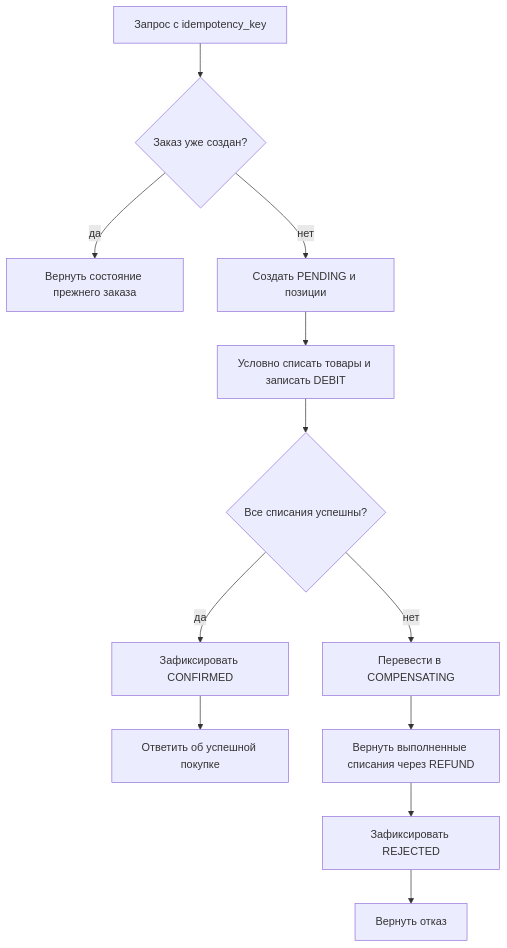
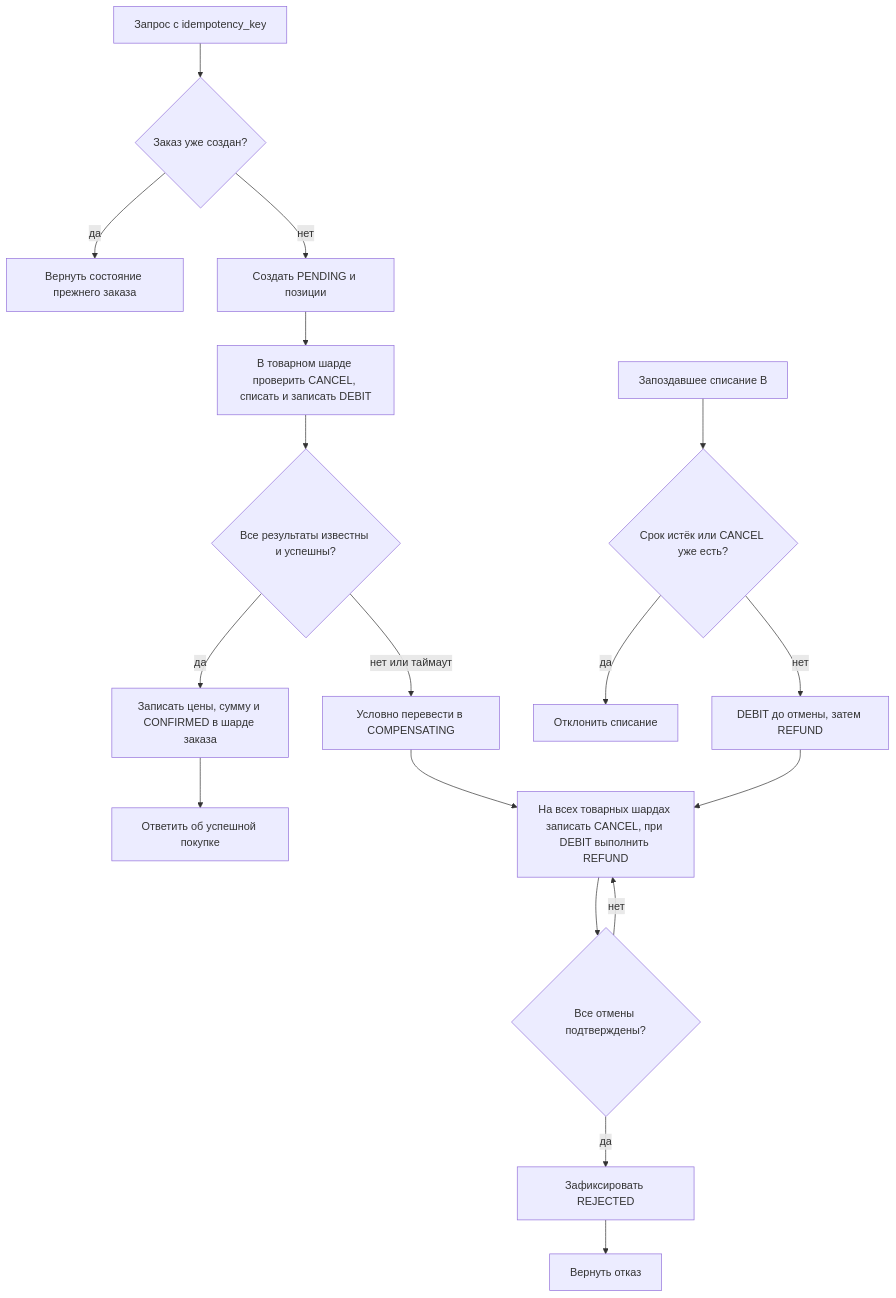
One commit to amklimenkov752/tp_highload_2026 changed the eighth of 9 diagrams in README.md. Above: the diagram before and after it, drawn with Mermaid. The commit also changed other lines of this file, not shown here.

````diff
--- a/README.md
+++ b/README.md
@@ -1231,14 +1236,20 @@
 ```mermaid
 flowchart TD
     A[Запрос с idempotency_key] --> B{Заказ уже создан?}
     B -- да --> C[Вернуть состояние прежнего заказа]
     B -- нет --> D[Создать PENDING и позиции]
-    D --> E[Условно списать товары и записать DEBIT]
-    E --> F{Все списания успешны?}
-    F -- да --> G[Зафиксировать CONFIRMED]
+    D --> E[В товарном шарде проверить CANCEL, списать и записать DEBIT]
+    E --> F{Все результаты известны и успешны?}
+    F -- да --> G[Записать цены, сумму и CONFIRMED в шарде заказа]
     G --> H[Ответить об успешной покупке]
-    F -- нет --> I[Перевести в COMPENSATING]
-    I --> J[Вернуть выполненные списания через REFUND]
-    J --> K[Зафиксировать REJECTED]
-    K --> L[Вернуть отказ]
+    F -- нет или таймаут --> I[Условно перевести в COMPENSATING]
+    I --> J[На всех товарных шардах записать CANCEL, при DEBIT выполнить REFUND]
+    J --> K{Все отмены подтверждены?}
+    K -- нет --> J
+    K -- да --> L[Зафиксировать REJECTED]
+    L --> M[Вернуть отказ]
+    N[Запоздавшее списание B] --> O{Срок истёк или CANCEL уже есть?}
+    O -- да --> P[Отклонить списание]
+    O -- нет --> Q[DEBIT до отмены, затем REFUND]
+    Q --> J
 ```
````
